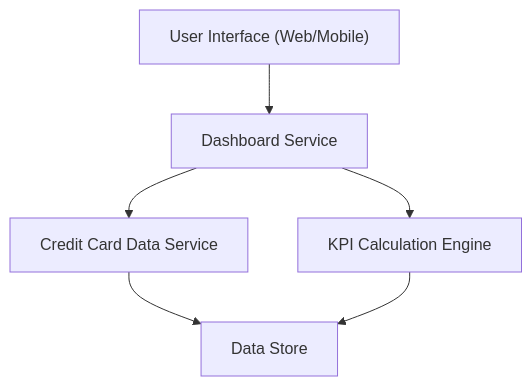
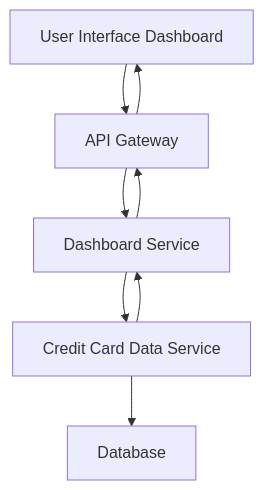
One commit to Davamani-git/APB_Demo changed the diagram in HLD/QE-4628_HLD.md. Above: the diagram before and after it, drawn with Mermaid. The commit also changed other lines of this file and 2 other files, not shown here.

Commit message:
Automation Commit - 2026-08-23 10:36:30

````diff
--- a/HLD/QE-4628_HLD.md
+++ b/HLD/QE-4628_HLD.md
@@ -7,13 +7,15 @@
 ```mermaid
 flowchart TD
-    A["User Interface (Web/Mobile)"]
-    B["Dashboard Service"]
-    C["Credit Card Data Service"]
-    D["KPI Calculation Engine"]
-    E["Data Store"]
+    A["User Interface Dashboard"]
+    B["API Gateway"]
+    C["Dashboard Service"]
+    D["Credit Card Data Service"]
+    E["Database"]
     A --> B
     B --> C
-    B --> D
-    C --> E
+    C --> D
     D --> E
+    D --> C
+    C --> B
+    B --> A
 ```
````
